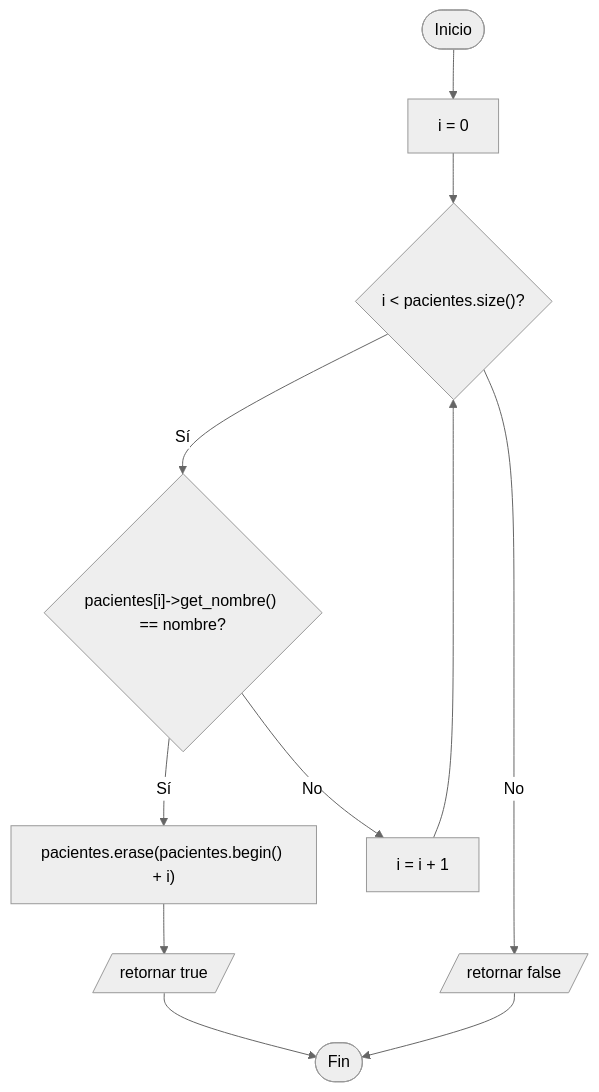
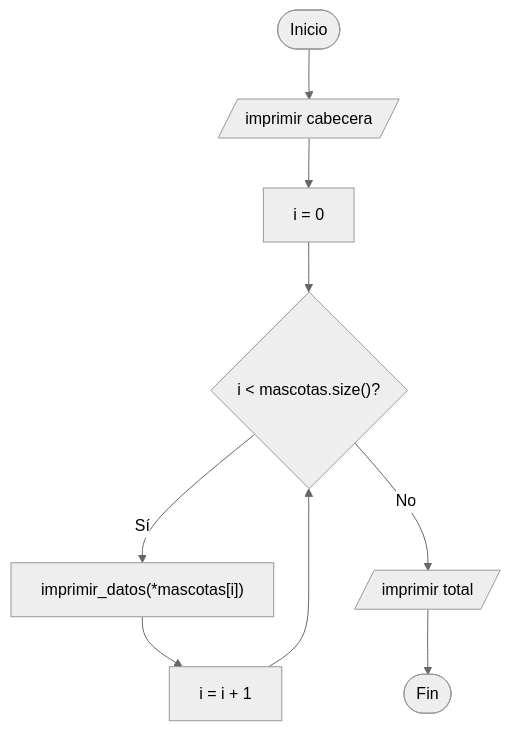
One commit to CursosProgramacionEP/PO_UTEC_Semana13 changed the second of 2 diagrams in A2_MascotaVeterinaria/README.md. Above: the diagram before and after it, drawn with Mermaid (neutral theme). The commit also changed other lines of this file and 30 other files, not shown here.

Commit message:
Semana 13 - A1, A2 y A3 ajustados a los diagramas de las diapositivas

````diff
--- a/A2_MascotaVeterinaria/README.md
+++ b/A2_MascotaVeterinaria/README.md
@@ -98,13 +103,11 @@
 ```mermaid
 flowchart TD
-    A([Inicio]) --> B["i = 0"]
-    B --> C{"i < pacientes.size()?"}
-    C -- Sí --> D{"pacientes[i]->get_nombre() == nombre?"}
-    D -- Sí --> E["pacientes.erase(pacientes.begin() + i)"]
-    E --> F[/"retornar true"/]
-    D -- No --> G["i = i + 1"]
-    G --> C
-    C -- No --> H[/"retornar false"/]
-    F --> I([Fin])
-    H --> I
+    A([Inicio]) --> B[/"imprimir cabecera"/]
+    B --> C["i = 0"]
+    C --> D{"i < mascotas.size()?"}
+    D -- Sí --> E["imprimir_datos(*mascotas[i])"]
+    E --> F["i = i + 1"]
+    F --> D
+    D -- No --> G[/"imprimir total"/]
+    G --> H([Fin])
 ```
````
